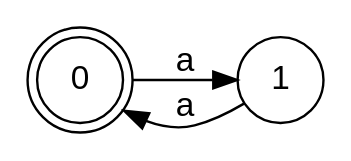
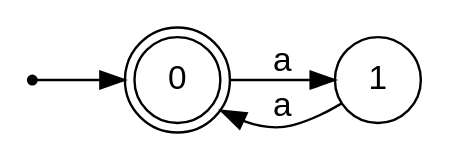
The diagram in zadanie-prolog/testy/pack/graphviz/src/example_a3.dot (jmolinski/jpp), drawn with Graphviz before and after one commit. The commit also changed 68 other files, not shown here.

```diff
--- a/zadanie-prolog/testy/pack/graphviz/src/example_a3.dot
+++ b/zadanie-prolog/testy/pack/graphviz/src/example_a3.dot
@@ -1,10 +1,10 @@
 digraph finite_state_machine {
 	fontname="Helvetica,Arial,sans-serif"
 	node [fontname="Helvetica,Arial,sans-serif"]
 	edge [fontname="Helvetica,Arial,sans-serif"]
 	rankdir=LR;
 	node [shape = doublecircle]; 0;
 	node [shape = circle];
 	0 -> 1 [label = "a"];
 	1 -> 0 [label = "a"];
-}
+	nowhere [shape=point];	nowhere -> 0;}
```
